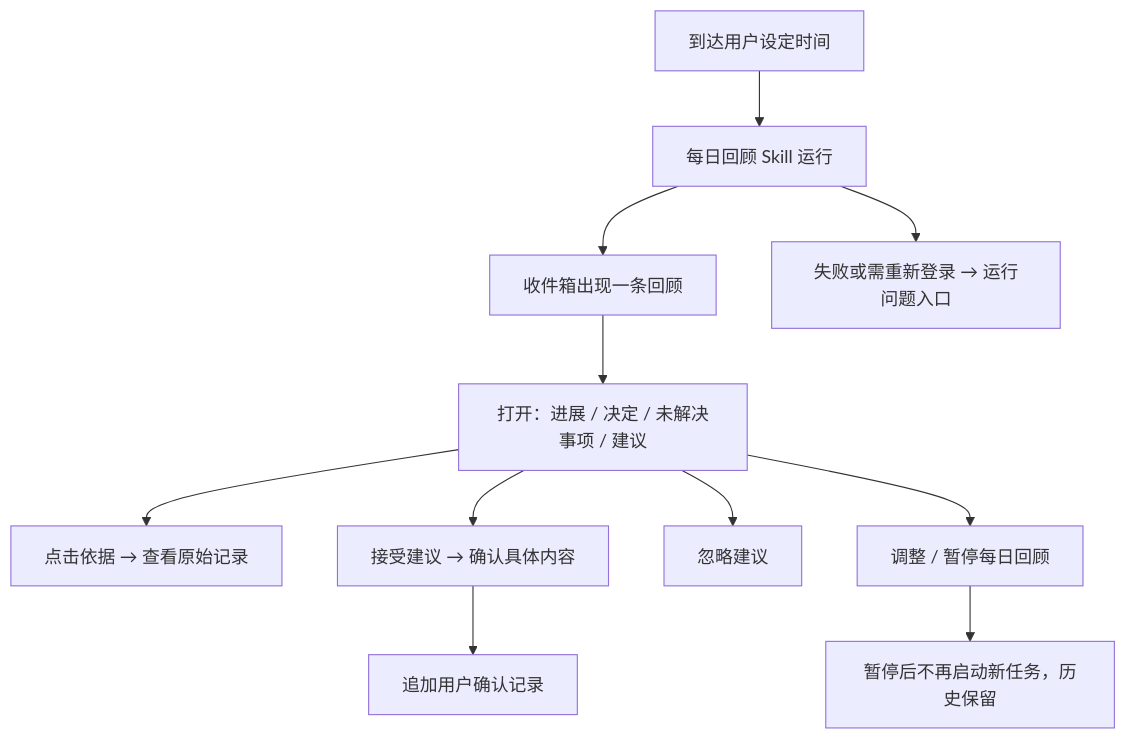
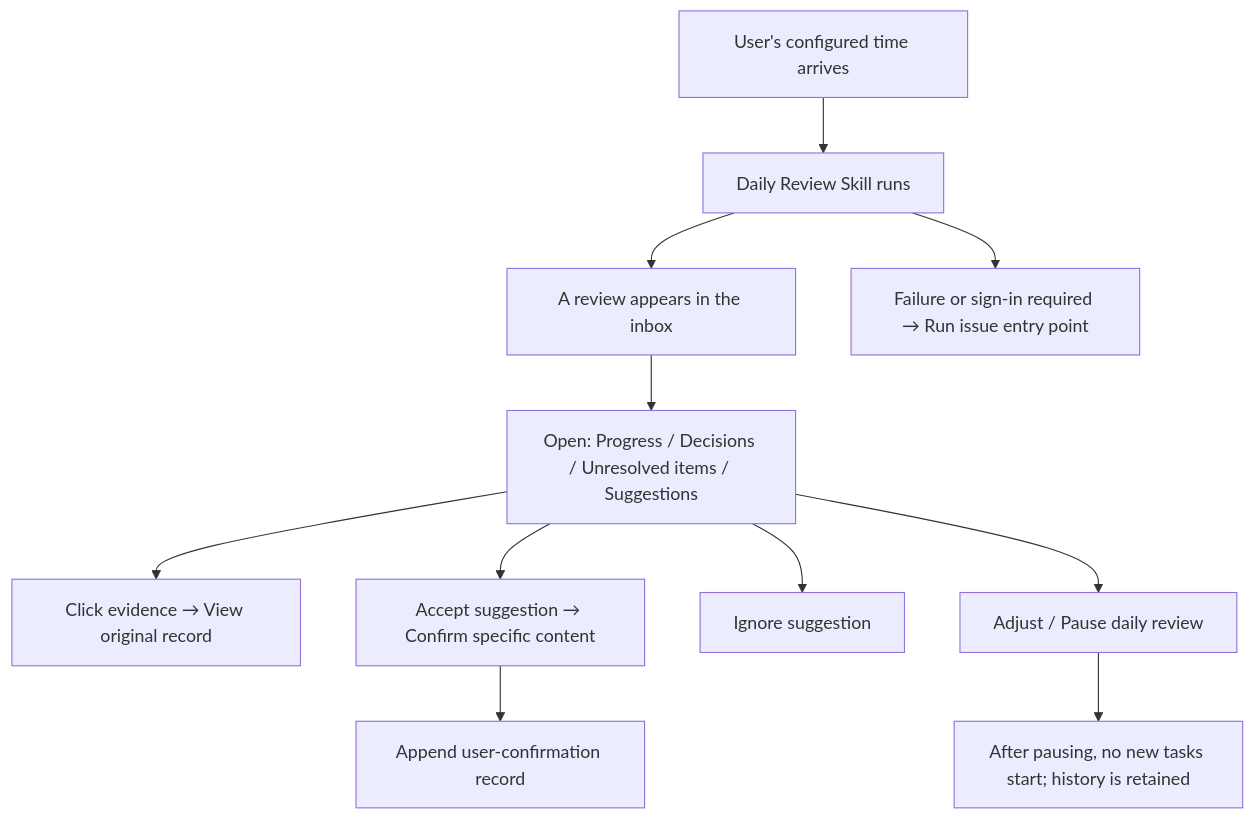
One commit to flyfy1/event-driven-context changed the sixth of 7 diagrams in docs/ux-flows.md. Above: the diagram before and after it, drawn with Mermaid. The commit also changed other lines of this file and 13 other files, not shown here.

```diff
--- a/docs/ux-flows.md
+++ b/docs/ux-flows.md
@@ -161,13 +163,13 @@
 ~~~mermaid
 flowchart TD
-    A["到达用户设定时间"] --> B["每日回顾 Skill 运行"]
-    B --> C["收件箱出现一条回顾"]
-    C --> D["打开：进展 / 决定 / 未解决事项 / 建议"]
-    D --> E["点击依据 → 查看原始记录"]
-    D --> F["接受建议 → 确认具体内容"]
-    F --> G["追加用户确认记录"]
-    D --> H["忽略建议"]
-    D --> I["调整 / 暂停每日回顾"]
-    I --> J["暂停后不再启动新任务，历史保留"]
-    B --> K["失败或需重新登录 → 运行问题入口"]
+    A["User's configured time arrives"] --> B["Daily Review Skill runs"]
+    B --> C["A review appears in the inbox"]
+    C --> D["Open: Progress / Decisions / Unresolved items / Suggestions"]
+    D --> E["Click evidence → View original record"]
+    D --> F["Accept suggestion → Confirm specific content"]
+    F --> G["Append user-confirmation record"]
+    D --> H["Ignore suggestion"]
+    D --> I["Adjust / Pause daily review"]
+    I --> J["After pausing, no new tasks start; history is retained"]
+    B --> K["Failure or sign-in required → Run issue entry point"]
 ~~~
```
